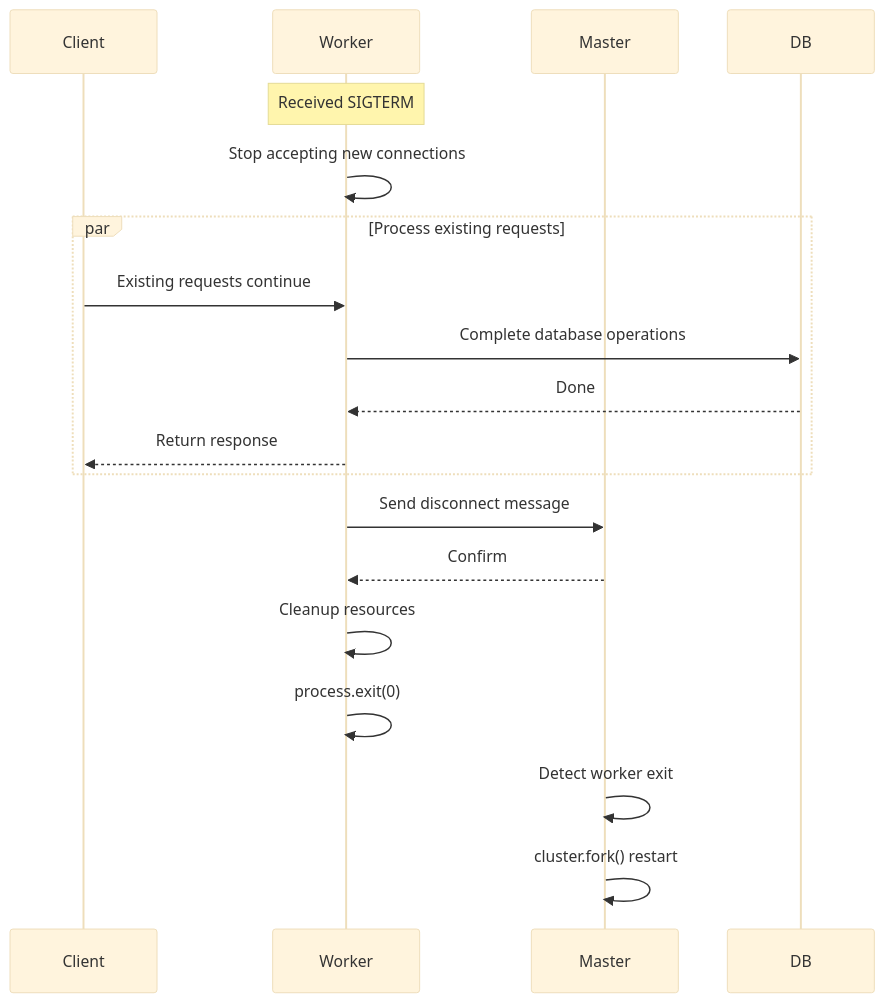
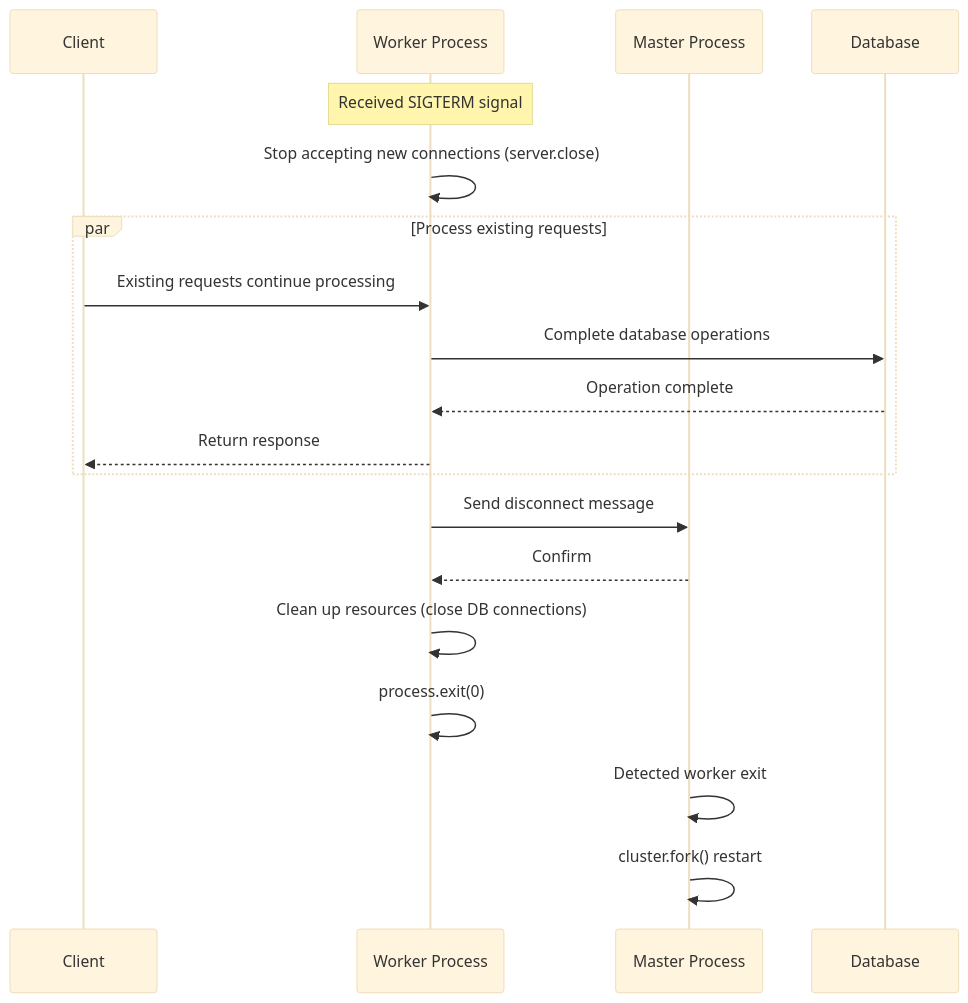
The fourth of 8 diagrams in articles/en/high-concurrency-system-architecture-guide.mdx (zhangshichuan/maxzhang.site), drawn with Mermaid (base theme) before and after one commit. The commit also changed other lines of this file and 1 other file, not shown here.

Commit message:
docs:  重写 high-concurrency-system-architecture-guide

````diff
--- a/articles/en/high-concurrency-system-architecture-guide.mdx
+++ b/articles/en/high-concurrency-system-architecture-guide.mdx
@@ -562,25 +895,25 @@
 ```mermaid
 sequenceDiagram
     participant Client
-    participant Worker
-    participant Master
-    participant DB
+    participant Worker as Worker Process
+    participant Master as Master Process
+    participant DB as Database
 
-    Note over Worker: Received SIGTERM
-    Worker->>Worker: Stop accepting new connections
+    Note over Worker: Received SIGTERM signal
+    Worker->>Worker: Stop accepting new connections (server.close)
 
     par Process existing requests
-        Client->>Worker: Existing requests continue
+        Client->>Worker: Existing requests continue processing
         Worker->>DB: Complete database operations
-        DB-->>Worker: Done
+        DB-->>Worker: Operation complete
         Worker-->>Client: Return response
     end
 
     Worker->>Master: Send disconnect message
     Master-->>Worker: Confirm
-    Worker->>Worker: Cleanup resources
+    Worker->>Worker: Clean up resources (close DB connections)
     Worker->>Worker: process.exit(0)
 
-    Master->>Master: Detect worker exit
+    Master->>Master: Detected worker exit
     Master->>Master: cluster.fork() restart
 ```
````
